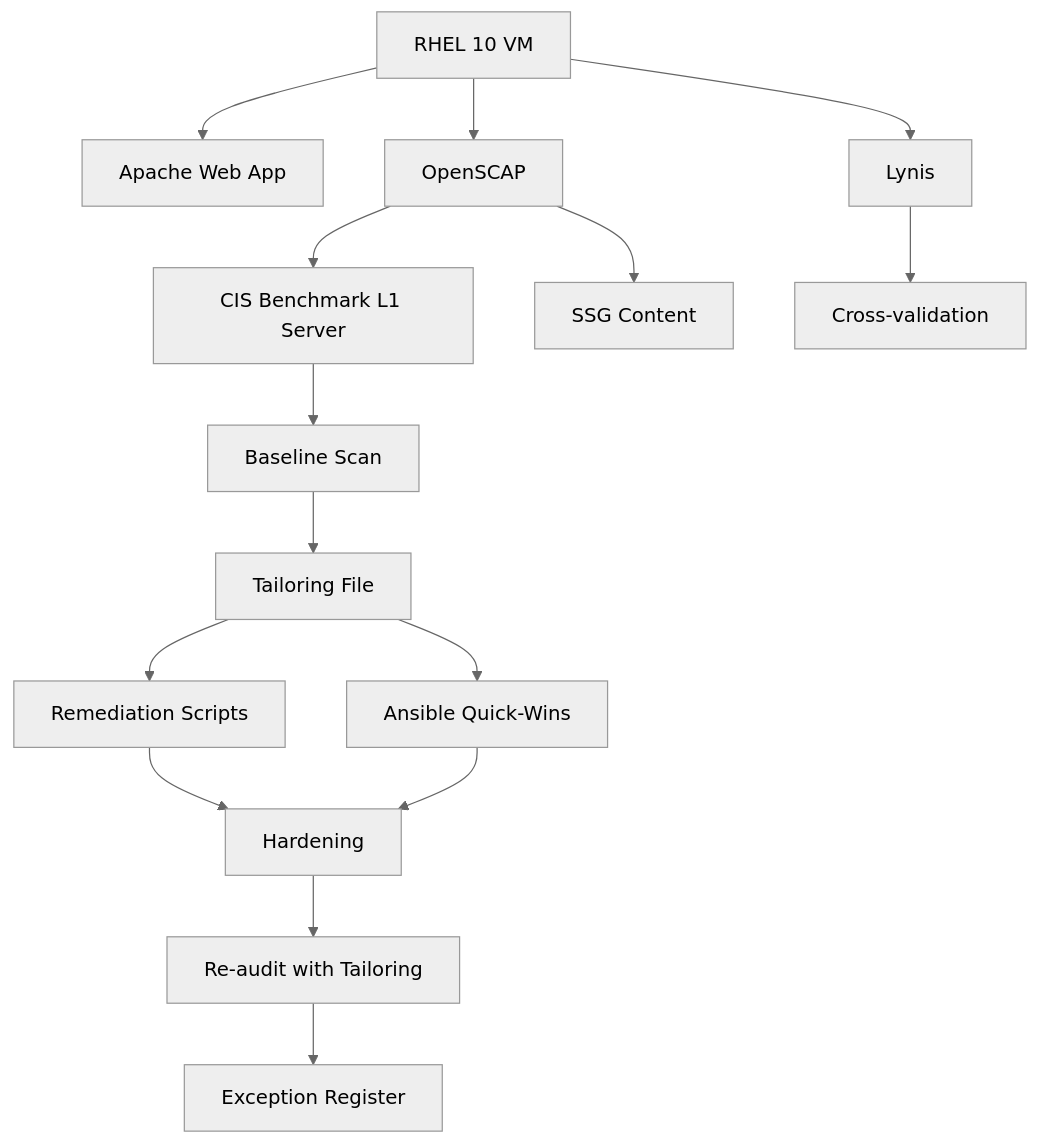
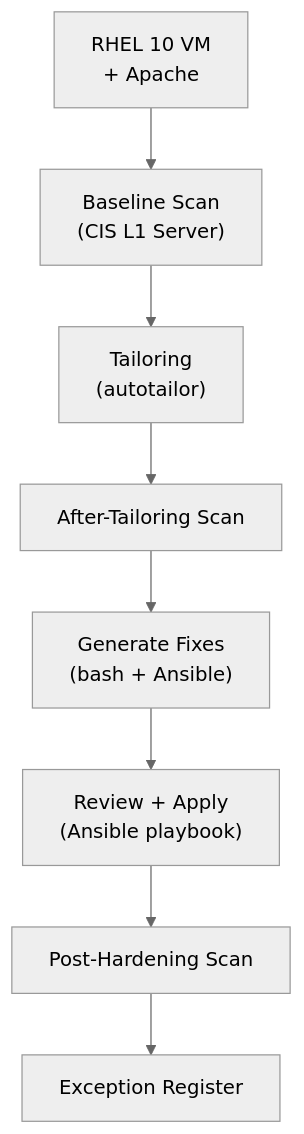
Before and after one commit to barfrakud/openscap-rhel-hardening: the diagram in README.md, drawn with Mermaid (neutral theme). The commit also changed other lines of this file and 9 other files, not shown here.

````diff
--- a/README.md
+++ b/README.md
@@ -71,17 +71,10 @@
 ```mermaid
-graph TD
-    A[RHEL 10 VM] --> B[Apache Web App]
-    A --> C[OpenSCAP]
-    C --> D[CIS Benchmark L1 Server]
-    C --> E[SSG Content]
-    D --> F[Baseline Scan]
-    F --> G[Tailoring File]
-    G --> H[Remediation Scripts]
-    G --> I[Ansible Quick-Wins]
-    H --> J[Hardening]
-    I --> J
-    J --> K[Re-audit with Tailoring]
-    K --> L[Exception Register]
-    A --> M[Lynis]
-    M --> N[Cross-validation]
+flowchart TD
+    A["RHEL 10 VM\n+ Apache"] --> B["Baseline Scan\n(CIS L1 Server)"]
+    B --> C["Tailoring\n(autotailor)"]
+    C --> D["After-Tailoring Scan"]
+    D --> E["Generate Fixes\n(bash + Ansible)"]
+    E --> F["Review + Apply\n(Ansible playbook)"]
+    F --> G["Post-Hardening Scan"]
+    G --> H["Exception Register"]
 ```
````
